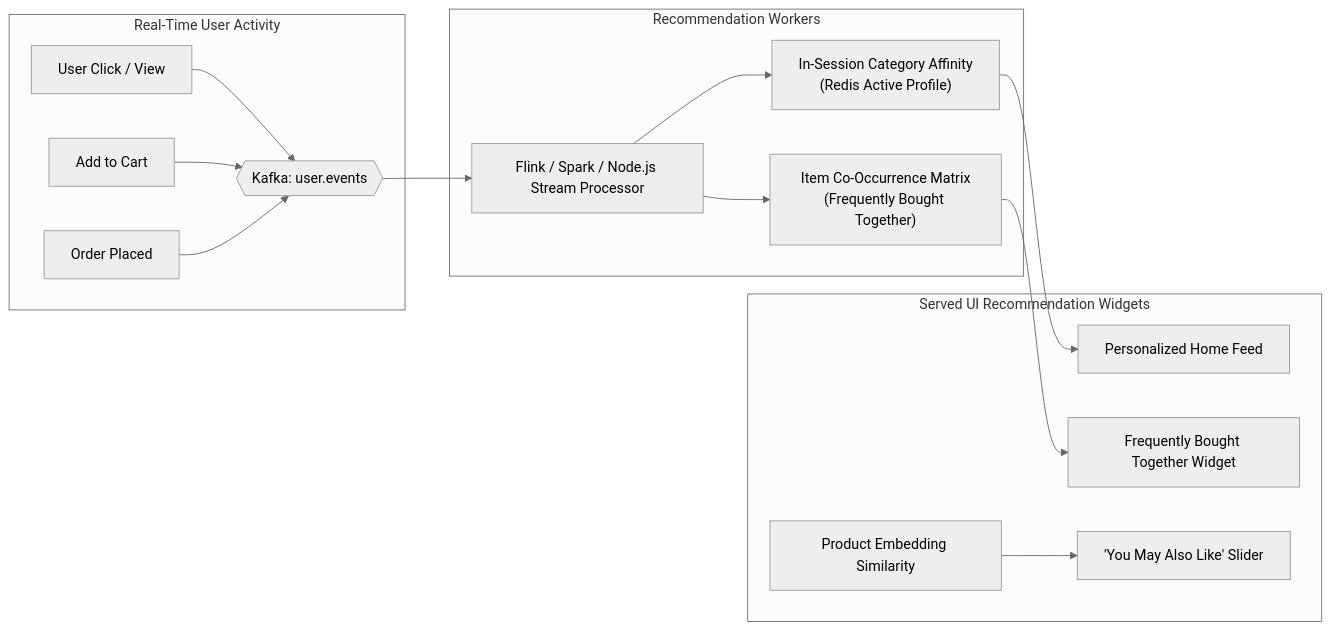
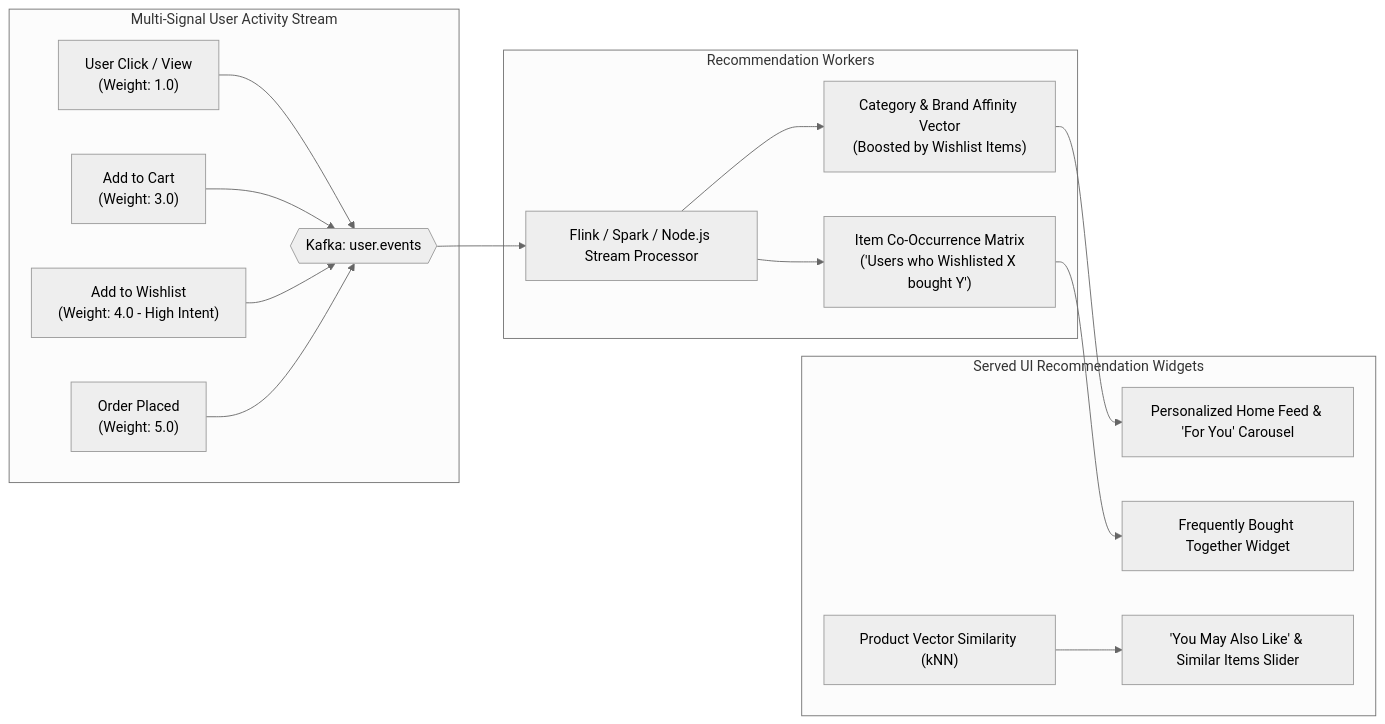
One commit to Next-Gen-Coder-2007/E-Commerce changed diagram 12 of 16 in README.md. Above: the diagram before and after it, drawn with Mermaid (neutral theme). The commit also changed other lines of this file, not shown here.

````diff
--- a/README.md
+++ b/README.md
@@ -470,20 +530,21 @@
 ```mermaid
 flowchart LR
-    subgraph EventIngest["Real-Time User Activity"]
-        UserClick["User Click / View"] --> ClickKafka{{"Kafka: user.events"}}
-        UserAddCart["Add to Cart"] --> ClickKafka
-        UserPurchase["Order Placed"] --> ClickKafka
+    subgraph EventIngest["Multi-Signal User Activity Stream"]
+        UserClick["User Click / View\n(Weight: 1.0)"] --> ClickKafka{{"Kafka: user.events"}}
+        UserAddCart["Add to Cart\n(Weight: 3.0)"] --> ClickKafka
+        UserWishlist["Add to Wishlist\n(Weight: 4.0 - High Intent)"] --> ClickKafka
+        UserPurchase["Order Placed\n(Weight: 5.0)"] --> ClickKafka
     end
 
     subgraph ProcessingPipeline["Recommendation Workers"]
         ClickKafka --> StreamProcessor["Flink / Spark / Node.js Stream Processor"]
-        StreamProcessor --> SessionAffinity["In-Session Category Affinity\n(Redis Active Profile)"]
-        StreamProcessor --> ItemCoOccurrence["Item Co-Occurrence Matrix\n(Frequently Bought Together)"]
+        StreamProcessor --> SessionAffinity["Category & Brand Affinity Vector\n(Boosted by Wishlist Items)"]
+        StreamProcessor --> ItemCoOccurrence["Item Co-Occurrence Matrix\n('Users who Wishlisted X bought Y')"]
     end
 
     subgraph RecommendationOutput["Served UI Recommendation Widgets"]
-        SessionAffinity --> ReRankFeed["Personalized Home Feed"]
+        SessionAffinity --> ReRankFeed["Personalized Home Feed & 'For You' Carousel"]
         ItemCoOccurrence --> FreqBought["Frequently Bought Together Widget"]
-        VectorSim["Product Embedding Similarity"] --> YouMayLike["'You May Also Like' Slider"]
+        VectorSim["Product Vector Similarity (kNN)"] --> YouMayLike["'You May Also Like' & Similar Items Slider"]
     end
 ```
````
